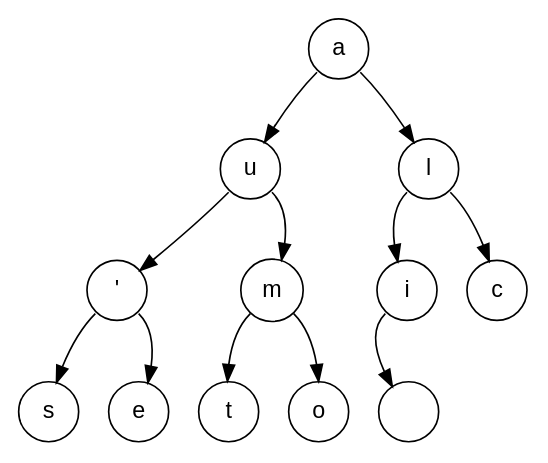
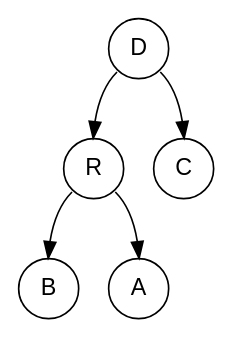
The diagram in fichiers_viz/minimier_etape_0.dot (Procuste34/codage_huffman_c), drawn with Graphviz before and after one commit. The commit also changed 22 other files, not shown here.

```diff
--- a/fichiers_viz/minimier_etape_0.dot
+++ b/fichiers_viz/minimier_etape_0.dot
@@ -1,26 +1,12 @@
 digraph POT_test {
 node [fontname="Arial", shape="circle", width=0.5];
-97 [label = "a"]
-97:sw -> 117
-97:se -> 108
-117 [label = "u"]
-117:sw -> 39
-117:se -> 109
-39 [label = "'"]
-39:sw -> 115
-39:se -> 101
-115 [label = "s"]
-101 [label = "e"]
-109 [label = "m"]
-109:sw -> 116
-109:se -> 111
-116 [label = "t"]
-111 [label = "o"]
-108 [label = "l"]
-108:sw -> 105
-108:se -> 99
-105 [label = "i"]
-105:sw -> 32
-32 [label = " "]
-99 [label = "c"]
+68 [label = "D"]
+68:sw -> 82
+68:se -> 67
+82 [label = "R"]
+82:sw -> 66
+82:se -> 65
+66 [label = "B"]
+65 [label = "A"]
+67 [label = "C"]
 }
```
